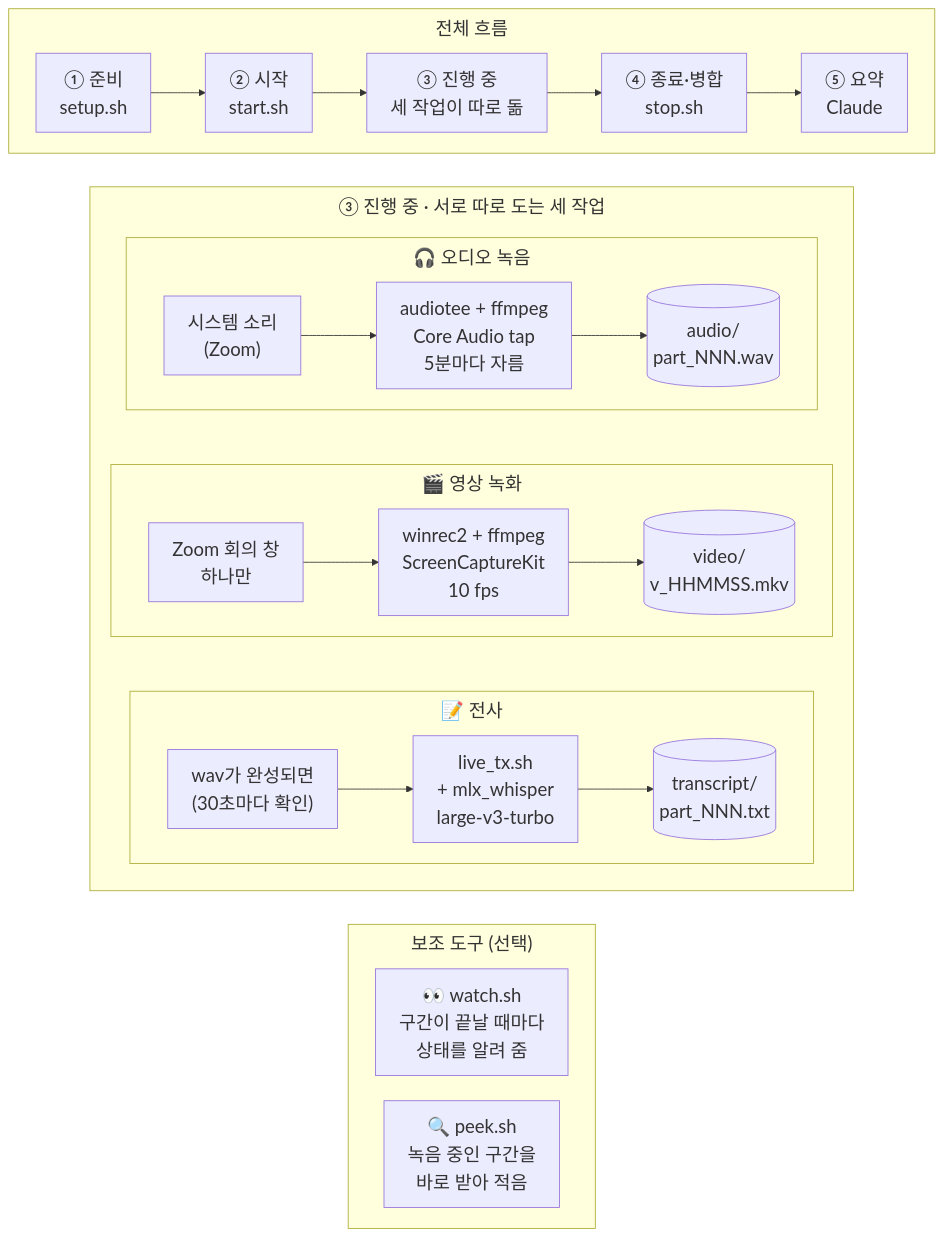
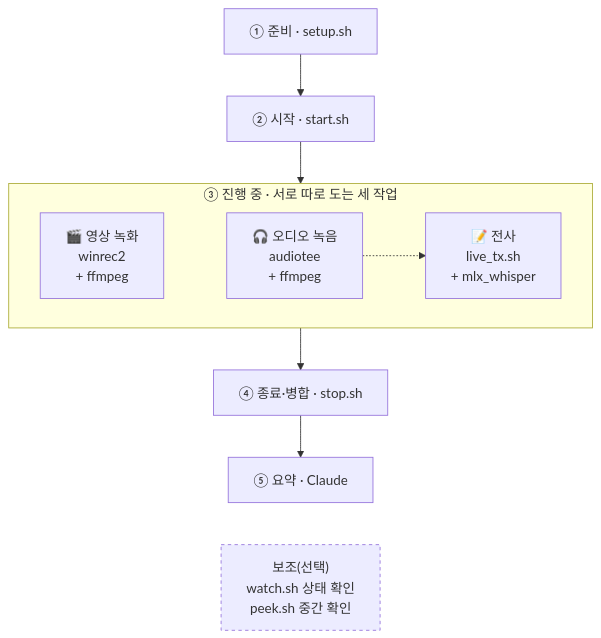
The first of 3 diagrams in lecture-capture/README.md (sbigstar0310/daegyu-plugins), drawn with Mermaid before and after one commit. The commit also changed other lines of this file, not shown here.

First line of the commit message:
lecture-capture README: shrink the Mermaid diagrams (#31)

````diff
--- a/lecture-capture/README.md
+++ b/lecture-capture/README.md
@@ -16,37 +16,12 @@
 ```mermaid
-%%{init: {"themeVariables": {"fontSize": "22px"}, "flowchart": {"nodeSpacing": 30, "rankSpacing": 40, "padding": 14, "subGraphTitleMargin": {"top": 6, "bottom": 22}}}}%%
 flowchart TB
-    subgraph FLOW["전체 흐름"]
+    A["① 준비 · setup.sh"] --> B["② 시작 · start.sh"]
+    subgraph RUN["③ 진행 중 · 서로 따로 도는 세 작업"]
         direction LR
-        A["① 준비<br/>setup.sh"] --> B["② 시작<br/>start.sh"]
-        B --> C["③ 진행 중<br/>세 작업이 따로 돎"]
-        C --> D["④ 종료·병합<br/>stop.sh"]
-        D --> E["⑤ 요약<br/>Claude"]
+        R2["🎬 영상 녹화<br/>winrec2<br/>+ ffmpeg"] ~~~ R1["🎧 오디오 녹음<br/>audiotee<br/>+ ffmpeg"] -.-> R3["📝 전사<br/>live_tx.sh<br/>+ mlx_whisper"]
     end
-
-    subgraph RUN["③ 진행 중 · 서로 따로 도는 세 작업"]
-        direction TB
-        subgraph AUDIO["🎧 오디오 녹음"]
-            direction LR
-            A1["시스템 소리<br/>(Zoom)"] --> A2["audiotee + ffmpeg<br/>Core Audio tap<br/>5분마다 자름"] --> A4[("audio/<br/>part_NNN.wav")]
-        end
-        subgraph VIDEO["🎬 영상 녹화"]
-            direction LR
-            V1["Zoom 회의 창<br/>하나만"] --> V2["winrec2 + ffmpeg<br/>ScreenCaptureKit<br/>10 fps"] --> V4[("video/<br/>v_HHMMSS.mkv")]
-        end
-        subgraph TX["📝 전사"]
-            direction LR
-            T1["wav가 완성되면<br/>(30초마다 확인)"] --> T2["live_tx.sh<br/>+ mlx_whisper<br/>large-v3-turbo"] --> T3[("transcript/<br/>part_NNN.txt")]
-        end
-        AUDIO ~~~ VIDEO ~~~ TX
-    end
-
-    subgraph TOOLS["보조 도구 (선택)"]
-        direction LR
-        W["👀 watch.sh<br/>구간이 끝날 때마다<br/>상태를 알려 줌"]
-        P["🔍 peek.sh<br/>녹음 중인 구간을<br/>바로 받아 적음"]
-    end
-
-    FLOW ~~~ RUN
-    RUN ~~~ TOOLS
+    B --> RUN --> D["④ 종료·병합 · stop.sh"] --> E["⑤ 요약 · Claude"]
+    W["보조(선택)<br/>watch.sh 상태 확인<br/>peek.sh 중간 확인"]
+    E ~~~ W
+    style W stroke-dasharray: 4 4
 ```
````
